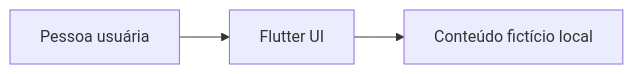
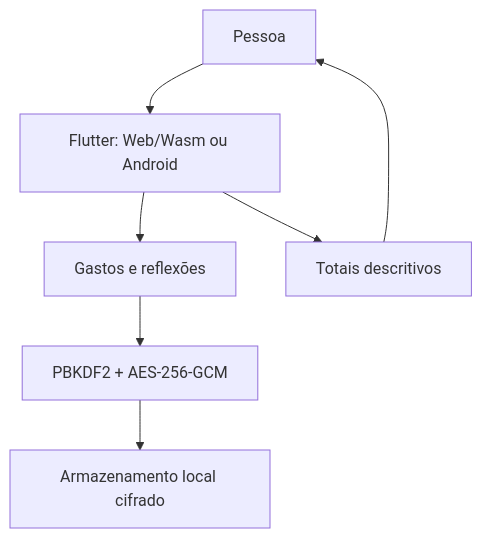
One commit to aloisiocosta-prof/bipolaris changed the diagram in docs/architecture/overview.md. Above: the diagram before and after it, drawn with Mermaid. The commit also changed other lines of this file and 23 other files, not shown here.

````diff
--- a/docs/architecture/overview.md
+++ b/docs/architecture/overview.md
@@ -8,8 +7,9 @@
 ```mermaid
-flowchart LR
-  Person["Pessoa usuária"]
-  UI["Flutter UI"]
-  Demo["Conteúdo fictício local"]
-  Person --> UI
-  UI --> Demo
+flowchart TD
+  Person["Pessoa"] --> UI["Flutter: Web/Wasm ou Android"]
+  UI --> Domain["Gastos e reflexões"]
+  Domain --> Vault["PBKDF2 + AES-256-GCM"]
+  Vault --> Local["Armazenamento local cifrado"]
+  UI --> Summary["Totais descritivos"]
+  Summary --> Person
 ```
````
